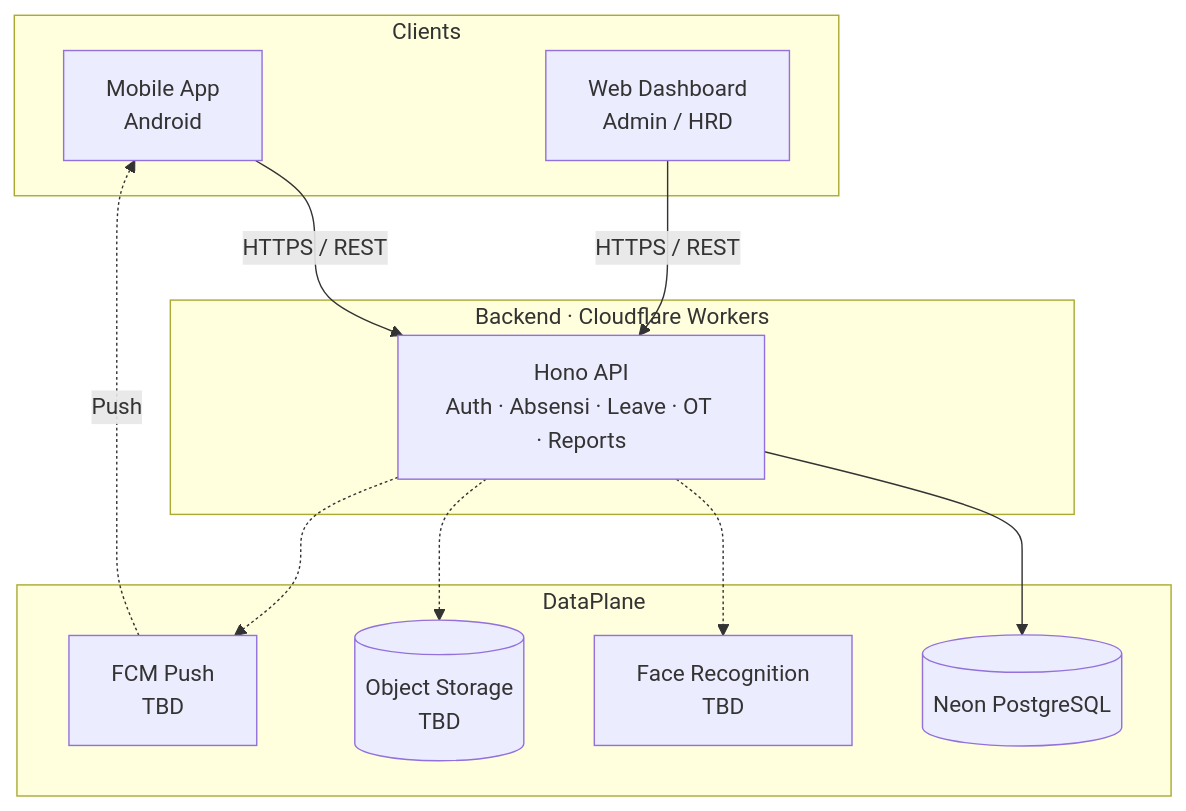
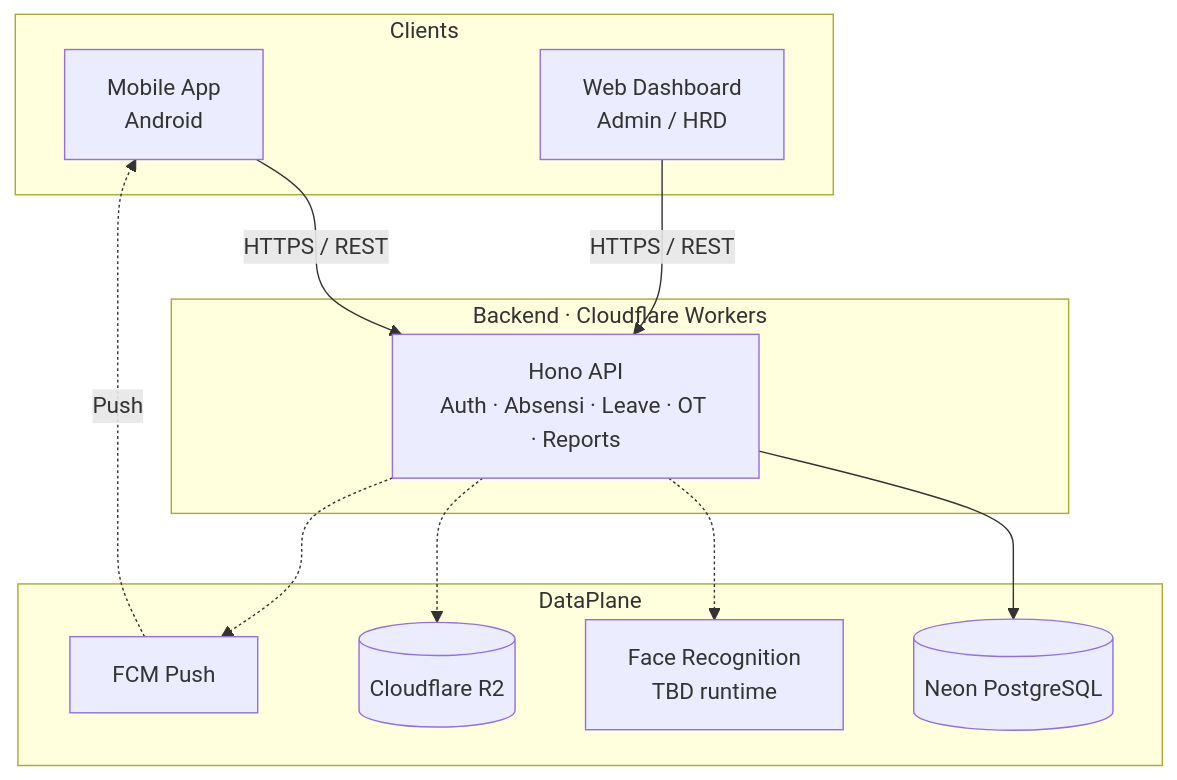
Before and after one commit to Capstone-Project-Team-B-2026/docs: the first of 6 diagrams in docs/infrastructure.md, drawn with Mermaid. The commit also changed other lines of this file and 14 other files, not shown here.

````diff
--- a/docs/infrastructure.md
+++ b/docs/infrastructure.md
@@ -48,26 +48,26 @@
 ```mermaid
 flowchart TB
   subgraph Clients
     M[Mobile App<br/>Android]
     W[Web Dashboard<br/>Admin / HRD]
   end
 
   subgraph Edge["Backend · Cloudflare Workers"]
     API[Hono API<br/>Auth · Absensi · Leave · OT · Reports]
   end
 
   subgraph DataPlane
     DB[(Neon PostgreSQL)]
-    FR[Face Recognition<br/>TBD]
-    OS[(Object Storage<br/>TBD)]
-    FCM[FCM Push<br/>TBD]
+    FR[Face Recognition<br/>TBD runtime]
+    OS[(Cloudflare R2)]
+    FCM[FCM Push]
   end
 
   M -->|HTTPS / REST| API
   W -->|HTTPS / REST| API
   API --> DB
   API -.-> FR
   API -.-> OS
   API -.-> FCM
   FCM -.->|Push| M
 ```
````
